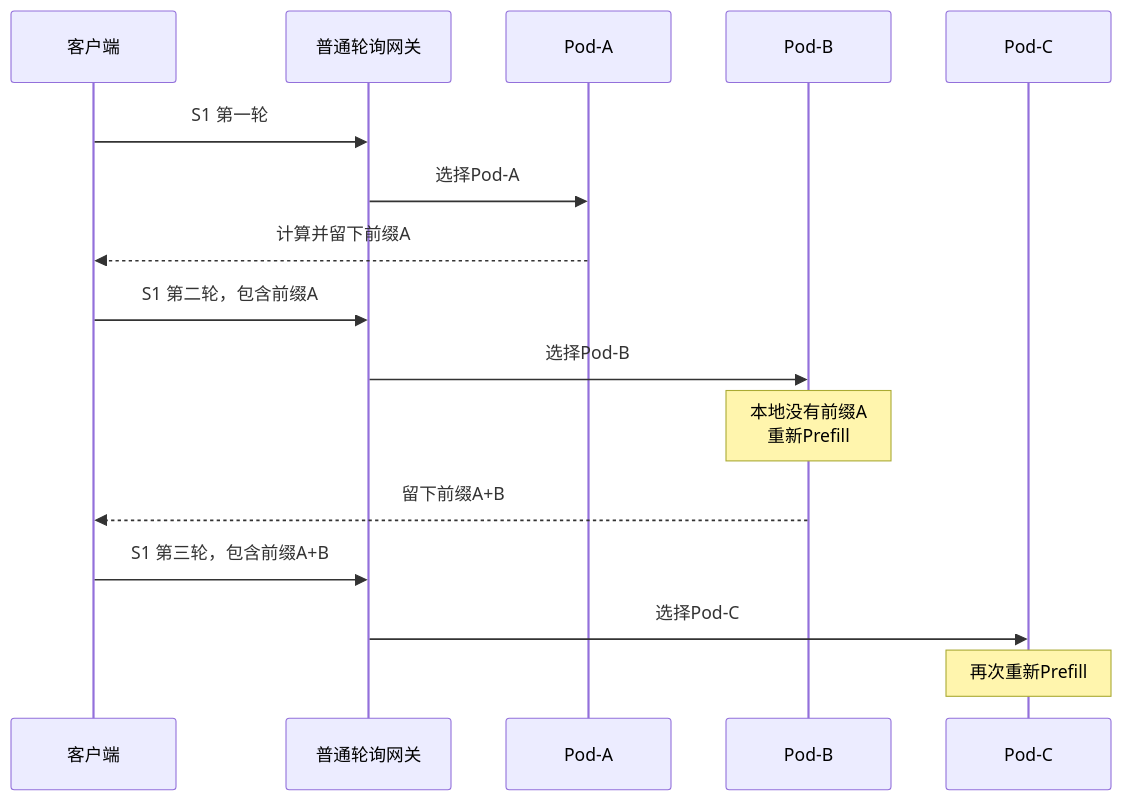
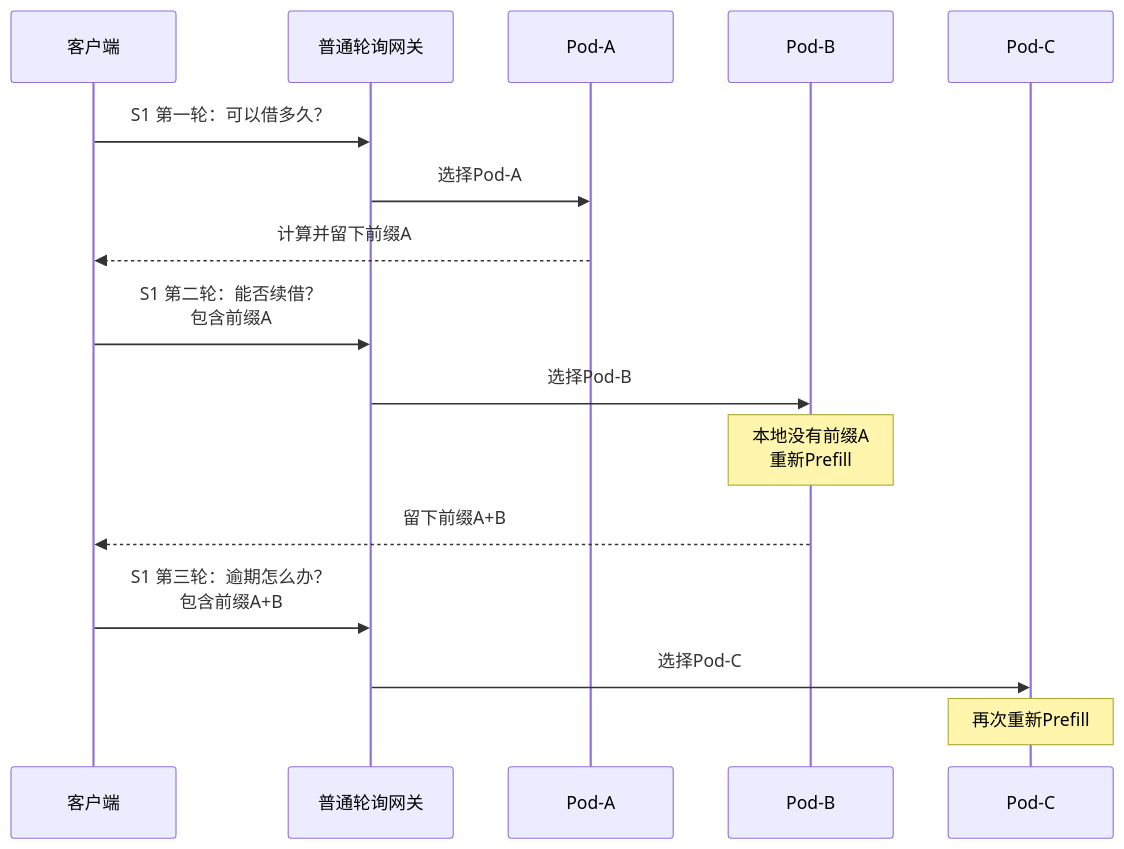
The fifth of 23 diagrams in docs/docs/1000-AI技术/600-推理服务/5000-大模型推理服务会话保持与KVCache感知路由技术详解.md (gqcn/johns-blog), drawn with Mermaid before and after one commit. The commit also changed other lines of this file and 10 other files, not shown here.

````diff
--- a/docs/docs/1000-AI技术/600-推理服务/5000-大模型推理服务会话保持与KVCache感知路由技术详解.md
+++ b/docs/docs/1000-AI技术/600-推理服务/5000-大模型推理服务会话保持与KVCache感知路由技术详解.md
@@ -219,19 +263,19 @@
 ```mermaid
 sequenceDiagram
     participant C as 客户端
     participant G as 普通轮询网关
     participant P1 as Pod-A
     participant P2 as Pod-B
     participant P3 as Pod-C
 
-    C->>G: S1 第一轮
+    C->>G: S1 第一轮：可以借多久？
     G->>P1: 选择Pod-A
     P1-->>C: 计算并留下前缀A
-    C->>G: S1 第二轮，包含前缀A
+    C->>G: S1 第二轮：能否续借？<br/>包含前缀A
     G->>P2: 选择Pod-B
     Note over P2: 本地没有前缀A<br/>重新Prefill
     P2-->>C: 留下前缀A+B
-    C->>G: S1 第三轮，包含前缀A+B
+    C->>G: S1 第三轮：逾期怎么办？<br/>包含前缀A+B
     G->>P3: 选择Pod-C
     Note over P3: 再次重新Prefill
 ```
````
